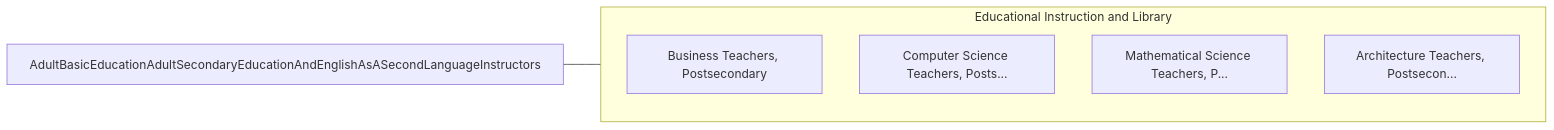
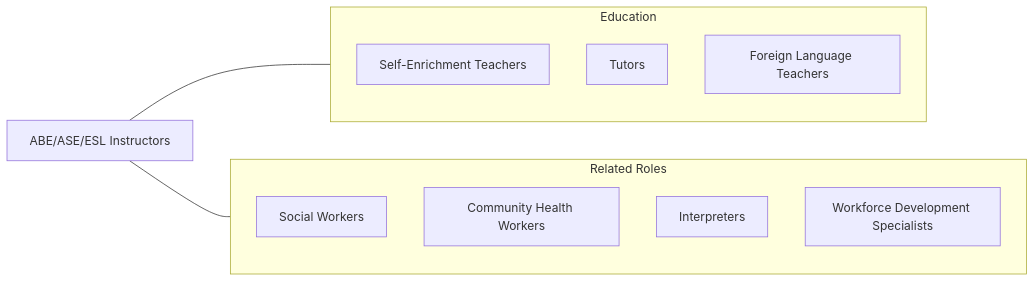
Before and after one commit to kziemski/business.org.ai: the fourth of 4 diagrams in occupations/Education/AdultBasicEducationAdultSecondaryEducationAndEnglishAsASecondLanguageInstructors.mdx, drawn with Mermaid. The commit also changed other lines of this file and 938 other files, not shown here.

````diff
--- a/occupations/Education/AdultBasicEducationAdultSecondaryEducationAndEnglishAsASecondLanguageInstructors.mdx
+++ b/occupations/Education/AdultBasicEducationAdultSecondaryEducationAndEnglishAsASecondLanguageInstructors.mdx
@@ -113,13 +168,20 @@
 ```mermaid
 graph LR
-    Current["AdultBasicEducationAdultSecondaryEducationAndEnglishAsASecondLanguageInstructors"]
+    Current["ABE/ASE/ESL Instructors"]
 
-    subgraph SameCategory["Educational Instruction and Library"]
-        BusinessTeachersPost["Business Teachers, Postsecondary"]
-        ComputerScienceTeach["Computer Science Teachers, Posts..."]
-        MathematicalScienceT["Mathematical Science Teachers, P..."]
-        ArchitectureTeachers["Architecture Teachers, Postsecon..."]
+    subgraph SameCategory["Education"]
+        SelfEnrich["Self-Enrichment Teachers"]
+        Tutors["Tutors"]
+        ForeignLang["Foreign Language Teachers"]
+    end
+
+    subgraph CrossFunctional["Related Roles"]
+        SocialWorkers["Social Workers"]
+        CommunityHealth["Community Health Workers"]
+        Interpreters["Interpreters"]
+        WFDev["Workforce Development Specialists"]
     end
 
     Current --- SameCategory
+    Current --- CrossFunctional
 ```
````
